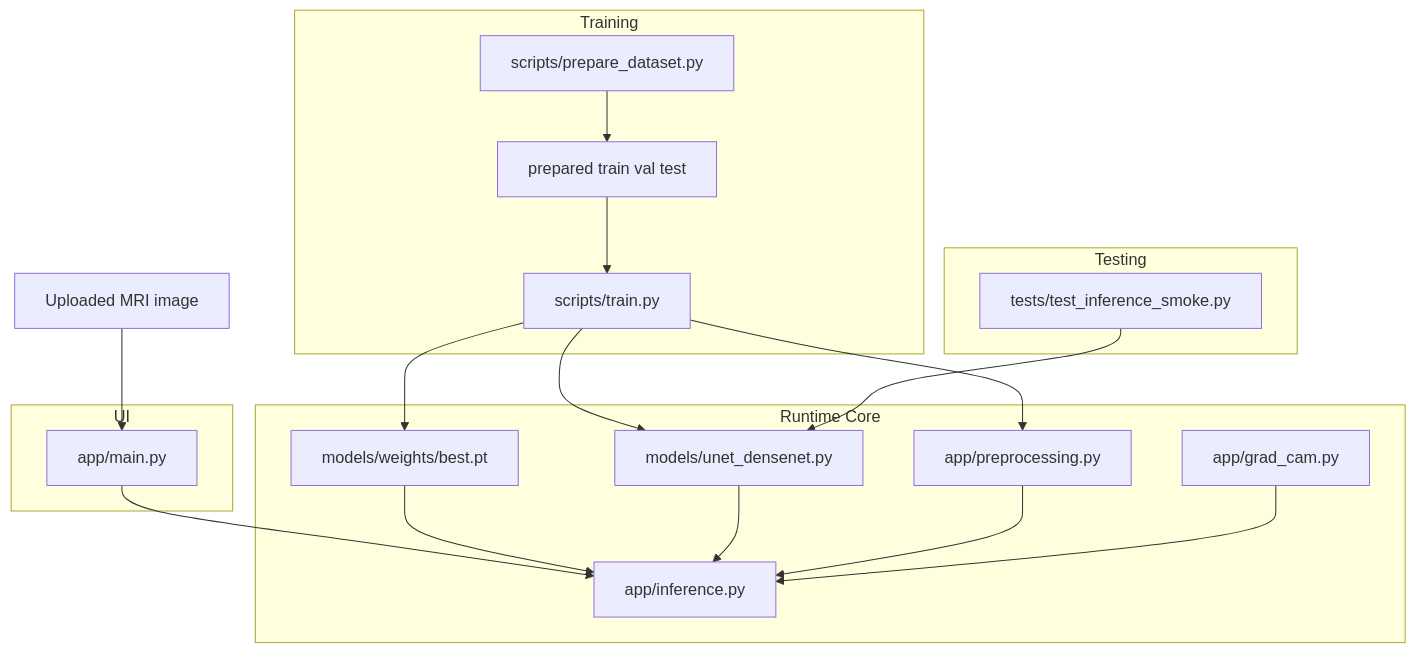
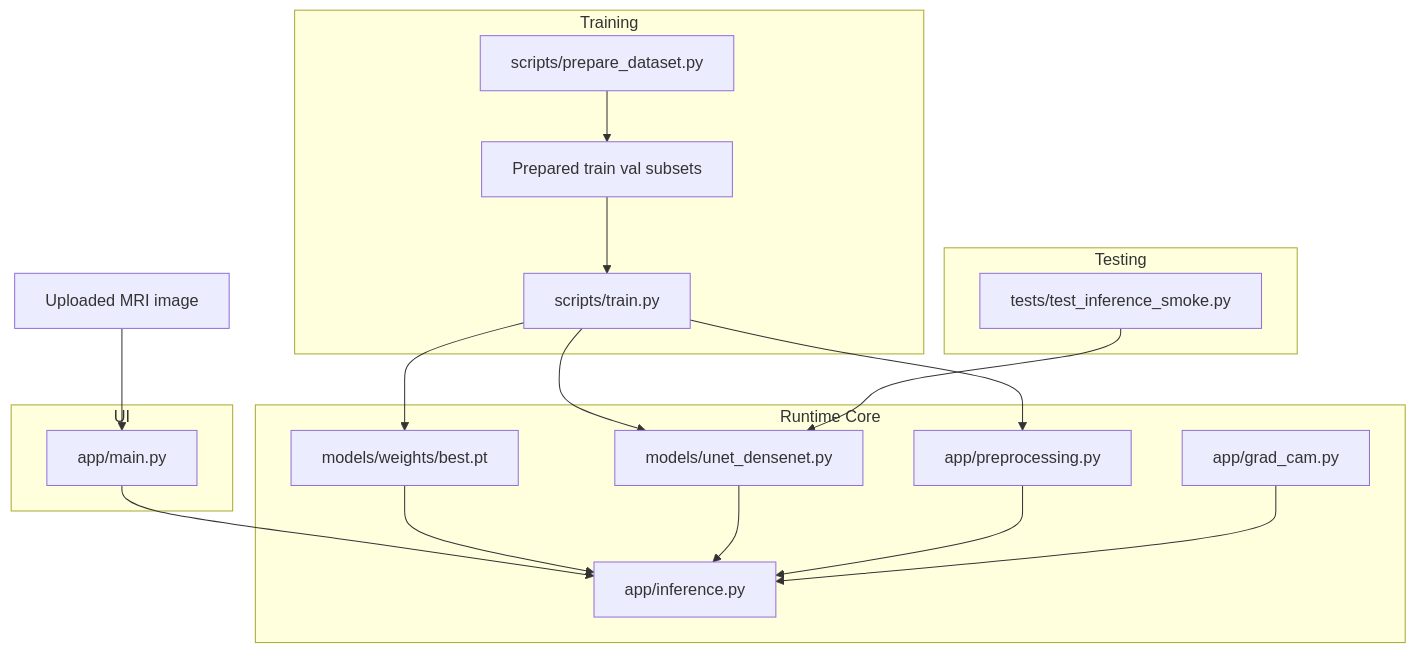
Before and after one commit to chempananickal/Tumor_Classifier: the first of 2 diagrams in docs/architecture.md, drawn with Mermaid.

Commit message:
docs: update architecture diagram for consistency in terminology

````diff
--- a/docs/architecture.md
+++ b/docs/architecture.md
@@ -18,33 +18,33 @@
 ```mermaid
 graph TD
   U[Uploaded MRI image] --> M[app/main.py]
   M --> IE[app/inference.py]
   CKPT[models/weights/best.pt] --> IE
   MOD[models/unet_densenet.py] --> IE
   PREP[app/preprocessing.py] --> IE
   GC[app/grad_cam.py] --> IE
   TSP[scripts/train.py] --> CKPT
   TSP --> MOD
   TSP --> PREP
-  PREPDS[scripts/prepare_dataset.py] --> DATA[prepared train val test]
+  PREPDS[scripts/prepare_dataset.py] --> DATA[Prepared train val subsets]
   DATA --> TSP
   TEST[tests/test_inference_smoke.py] --> MOD
   subgraph Training
     PREPDS
     DATA
     TSP
   end
   subgraph Runtime Core
     MOD
     PREP
     GC
     CKPT
     IE
   end
   subgraph UI
     M
   end
   subgraph Testing
     TEST
   end
 ```
````
